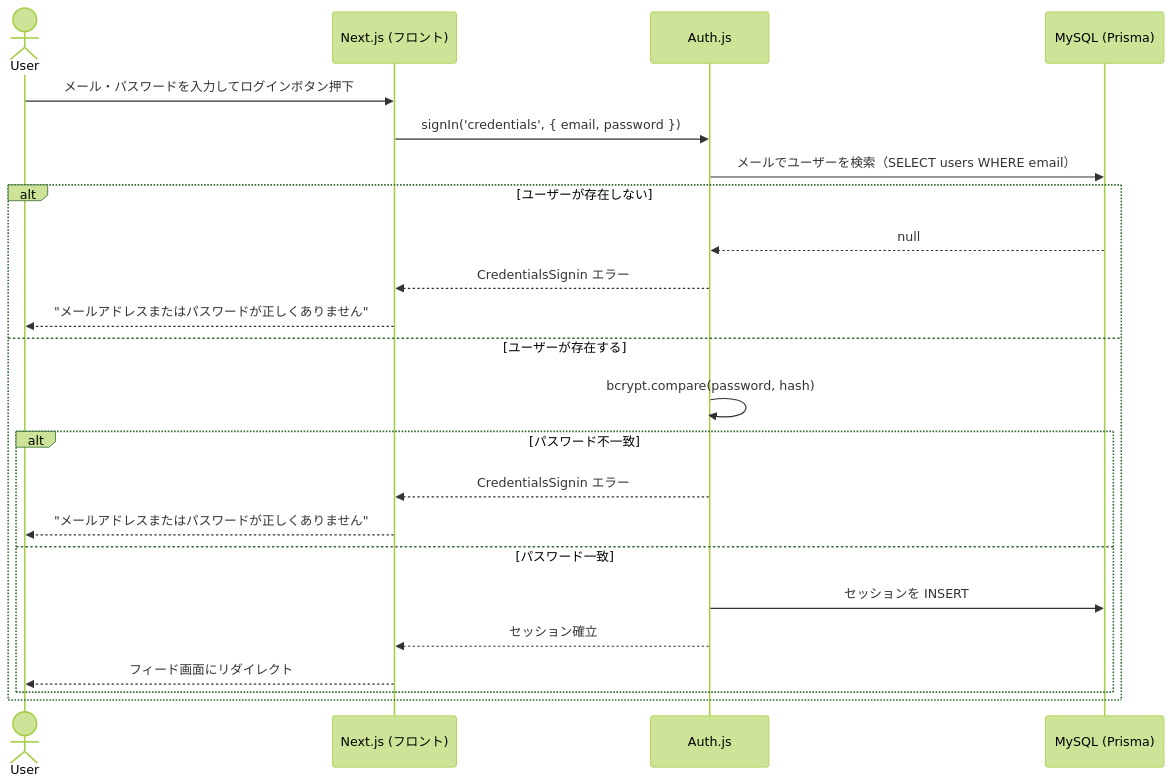
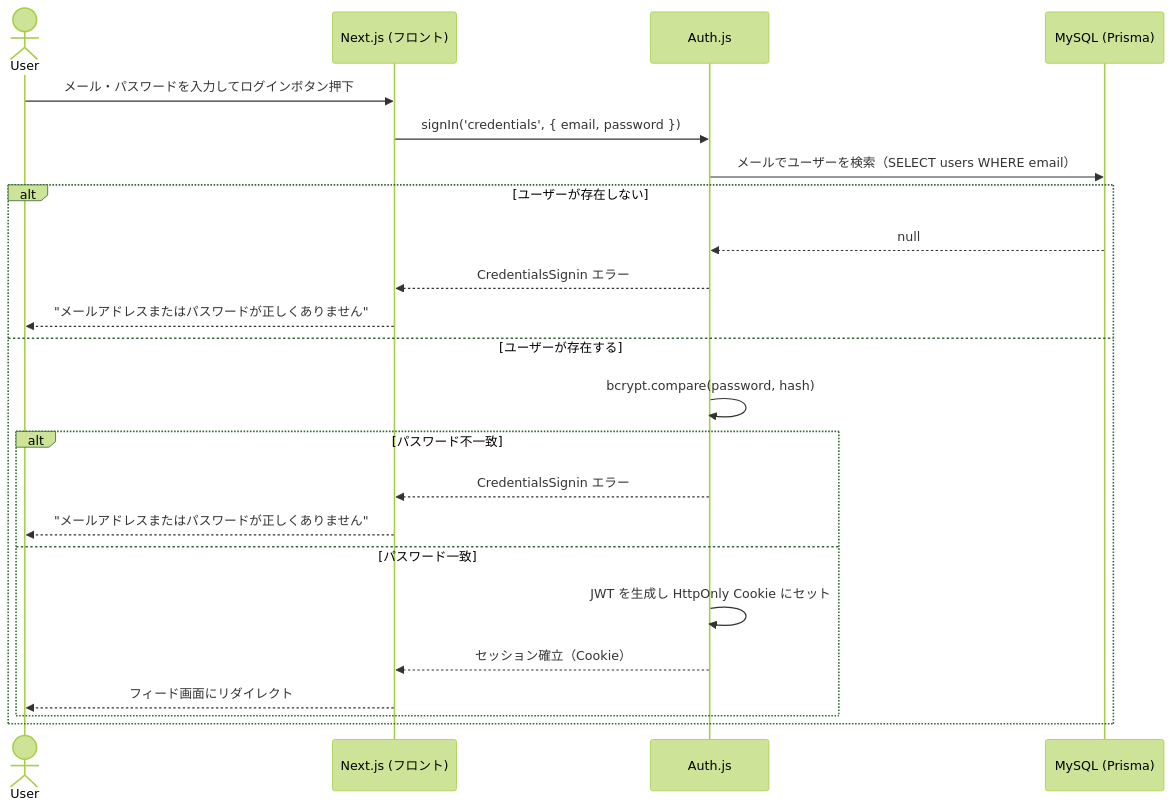
The second of 9 diagrams in docs/シーケンス図.md (saki-nakata/TripDiary), drawn with Mermaid (forest theme) before and after one commit. The commit also changed other lines of this file and 34 other files, not shown here.

````diff
--- a/docs/シーケンス図.md
+++ b/docs/シーケンス図.md
@@ -62,26 +62,26 @@
 ```mermaid
 sequenceDiagram
     actor User
     participant FE as Next.js (フロント)
     participant Auth as Auth.js
     participant DB as MySQL (Prisma)
 
     User->>FE: メール・パスワードを入力してログインボタン押下
     FE->>Auth: signIn('credentials', { email, password })
     Auth->>DB: メールでユーザーを検索（SELECT users WHERE email）
     alt ユーザーが存在しない
         DB-->>Auth: null
         Auth-->>FE: CredentialsSignin エラー
         FE-->>User: "メールアドレスまたはパスワードが正しくありません"
     else ユーザーが存在する
         Auth->>Auth: bcrypt.compare(password, hash)
         alt パスワード不一致
             Auth-->>FE: CredentialsSignin エラー
             FE-->>User: "メールアドレスまたはパスワードが正しくありません"
         else パスワード一致
-            Auth->>DB: セッションを INSERT
-            Auth-->>FE: セッション確立
+            Auth->>Auth: JWT を生成し HttpOnly Cookie にセット
+            Auth-->>FE: セッション確立（Cookie）
             FE-->>User: フィード画面にリダイレクト
         end
     end
 ```
````
